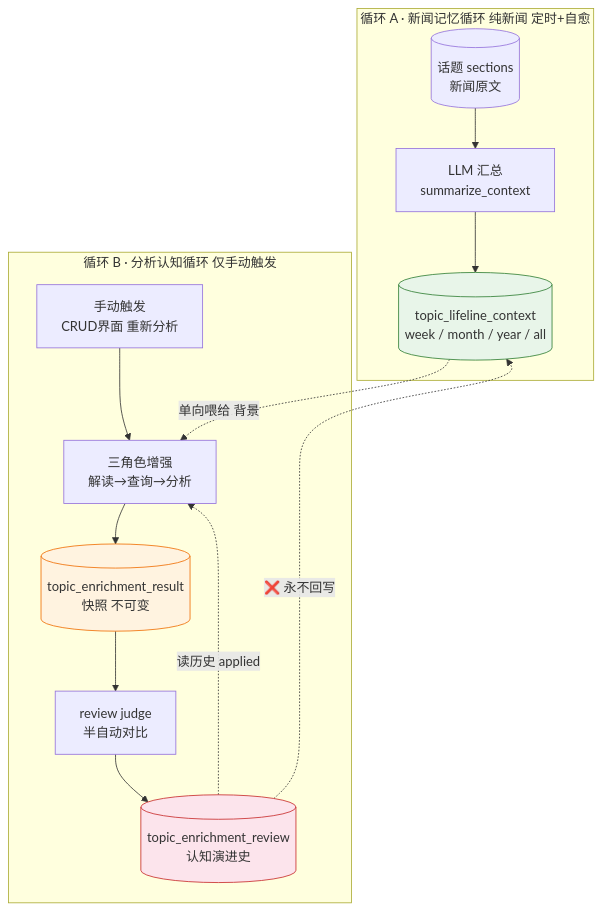
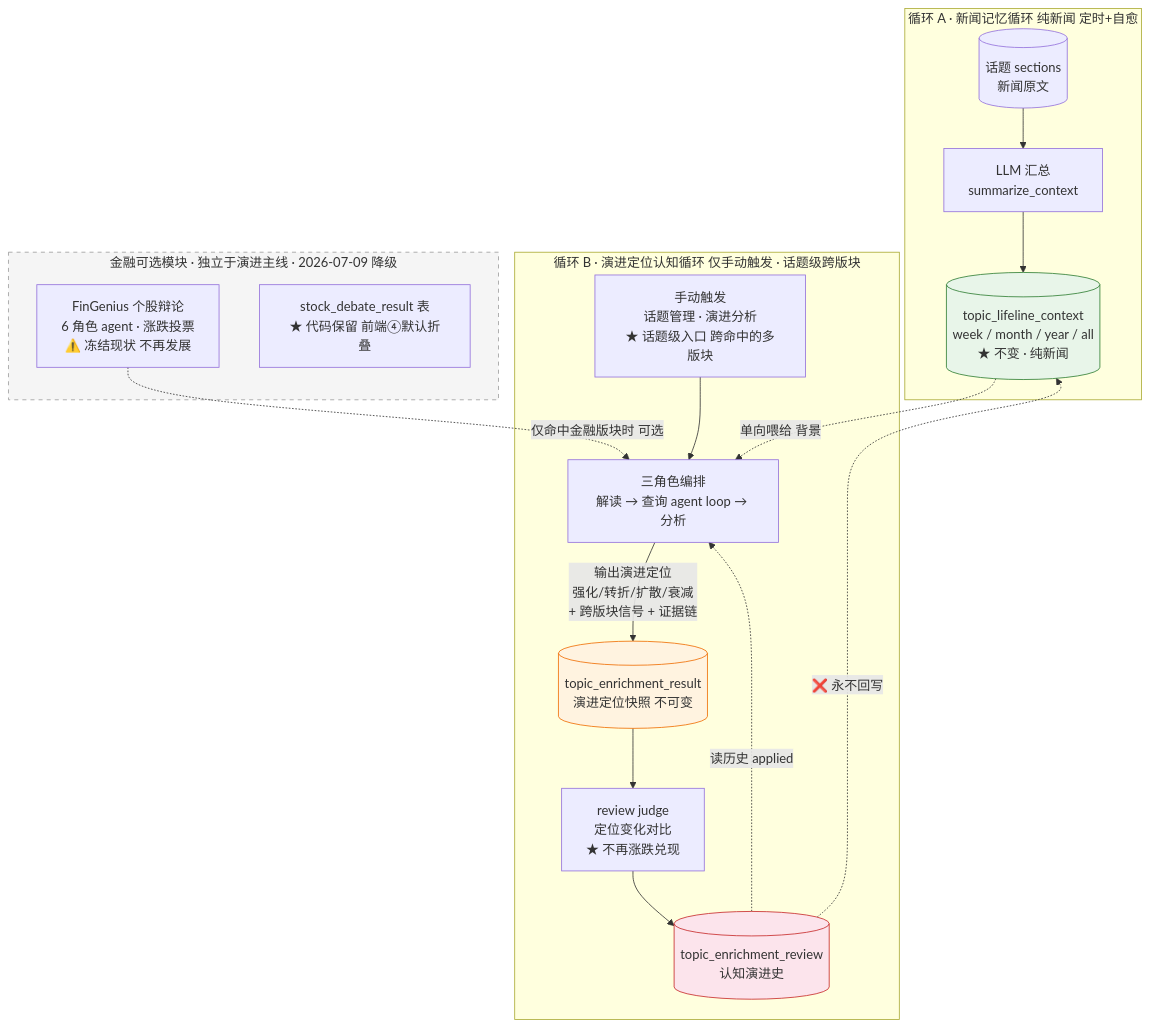
Before and after one commit to ZanebonoAlter/my-robot: the first of 9 diagrams in openspec/changes/data-enrichment-orchestration/overview.md, drawn with Mermaid. The commit also changed other lines of this file and 31 other files, not shown here.

````diff
--- a/openspec/changes/data-enrichment-orchestration/overview.md
+++ b/openspec/changes/data-enrichment-orchestration/overview.md
@@ -12,23 +31,30 @@
 ```mermaid
 flowchart TB
     subgraph CycleA[循环 A · 新闻记忆循环 纯新闻 定时+自愈]
         A1[(话题 sections<br/>新闻原文)] --> A2[LLM 汇总<br/>summarize_context]
-        A2 --> T1[(topic_lifeline_context<br/>week / month / year / all)]
+        A2 --> T1[(topic_lifeline_context<br/>week / month / year / all<br/>★ 不变 · 纯新闻)]
     end
 
-    subgraph CycleB[循环 B · 分析认知循环 仅手动触发]
-        B0[手动触发<br/>CRUD界面 重新分析]
-        B0 --> B1[三角色增强<br/>解读→查询→分析]
-        B1 --> T2[(topic_enrichment_result<br/>快照 不可变)]
-        T2 --> B2[review judge<br/>半自动对比]
+    subgraph CycleB[循环 B · 演进定位认知循环 仅手动触发 · 话题级跨版块]
+        B0[手动触发<br/>话题管理 · 演进分析<br/>★ 话题级入口 跨命中的多版块]
+        B0 --> B1[三角色编排<br/>解读 → 查询 agent loop → 分析]
+        B1 -->|输出演进定位<br/>强化/转折/扩散/衰减<br/>+ 跨版块信号 + 证据链| T2[(topic_enrichment_result<br/>演进定位快照 不可变)]
+        T2 --> B2[review judge<br/>定位变化对比<br/>★ 不再涨跌兑现]
         B2 --> T3[(topic_enrichment_review<br/>认知演进史)]
         T3 -. 读历史 applied .-> B1
     end
 
     T1 -. 单向喂给 背景 .-> B1
     T3 -.->|❌ 永不回写| T1
 
+    subgraph FinGenius[金融可选模块 · 独立于演进主线 · 2026-07-09 降级]
+        FG1[FinGenius 个股辩论<br/>6 角色 agent · 涨跌投票<br/>⚠️ 冻结现状 不再发展]
+        FG1 -. 仅命中金融版块时 可选 .-> B1
+        FG2[stock_debate_result 表<br/>★ 代码保留 前端④默认折叠]
+    end
+
     style T1 fill:#e8f5e9,stroke:#2e7d32
     style T2 fill:#fff3e0,stroke:#ef6c00
     style T3 fill:#fce4ec,stroke:#c62828
+    style FinGenius fill:#f5f5f5,stroke:#9e9e9e,stroke-dasharray: 5 5
 ```
````
